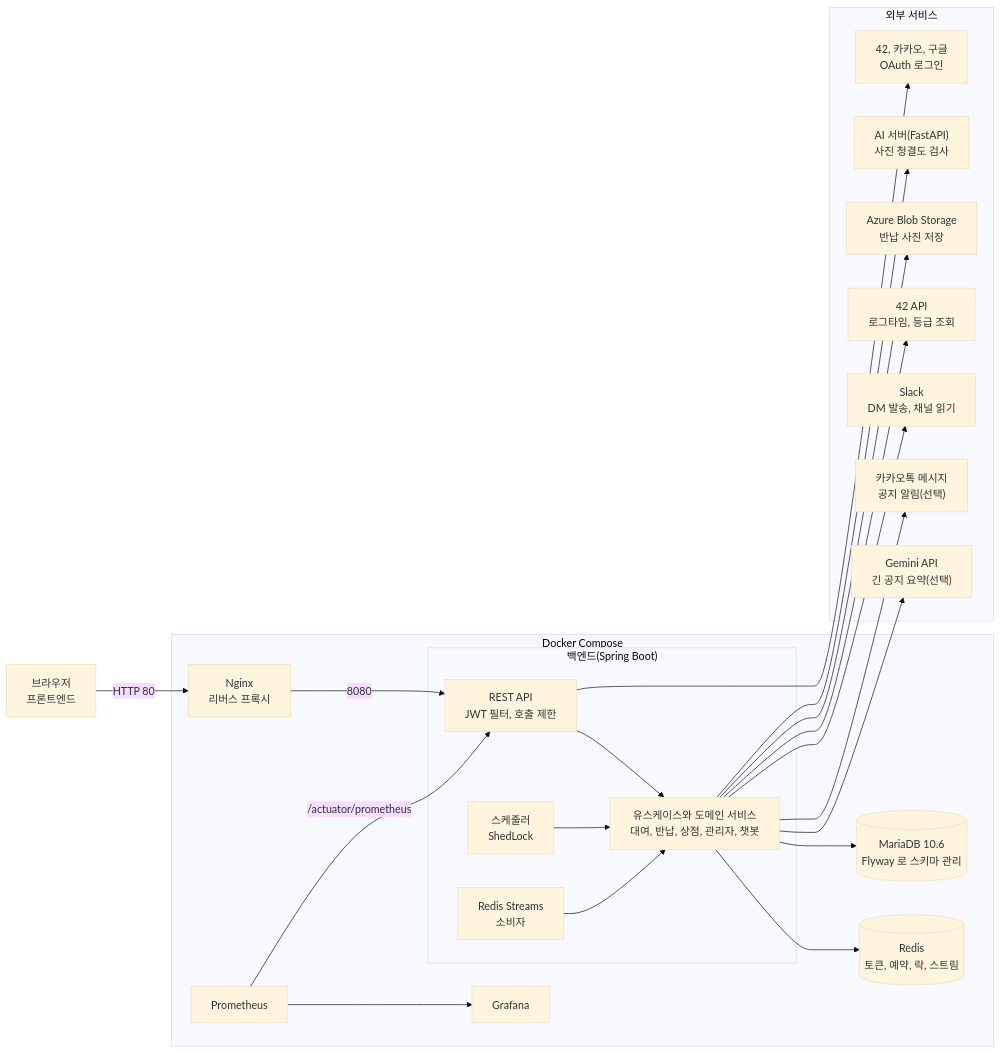
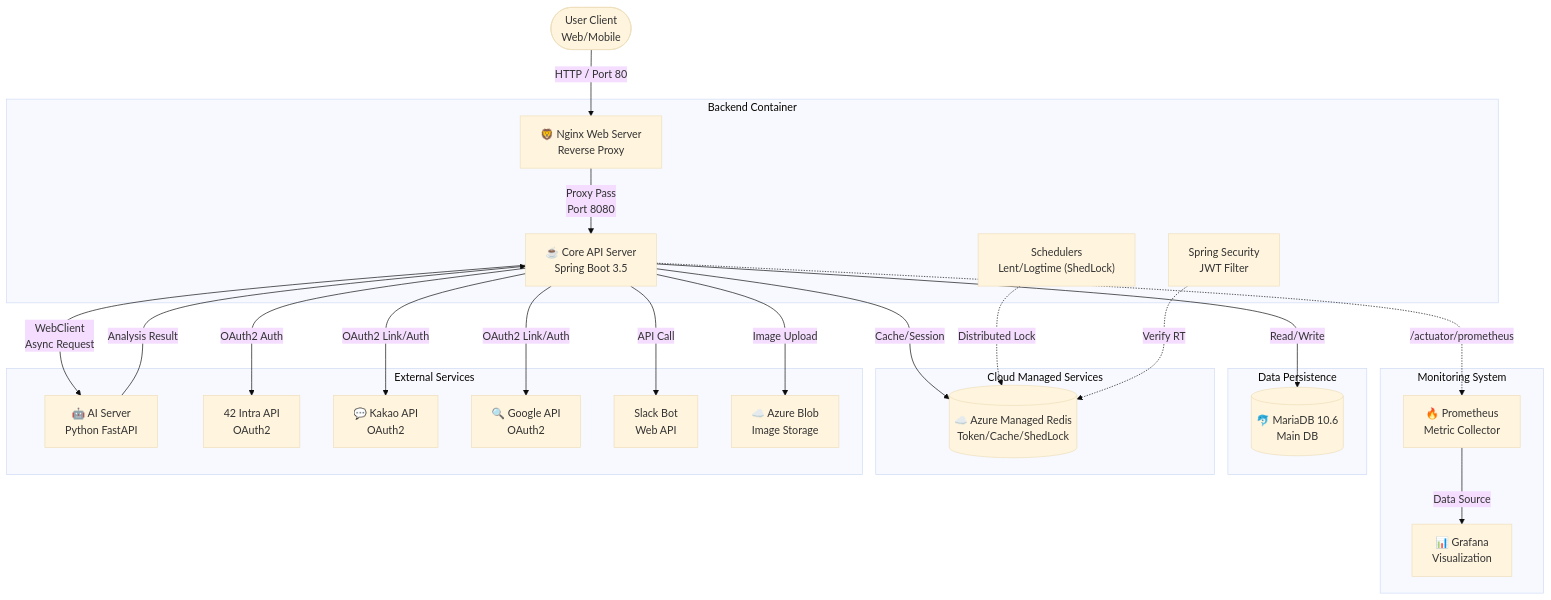
One commit to farmer0010/ft_transcendence changed the first of 10 diagrams in backend/README.md. Above: the diagram before and after it, drawn with Mermaid (base theme). The commit also changed other lines of this file and 373 other files, not shown here.

````diff
--- a/backend/README.md
+++ b/backend/README.md
@@ -35,45 +14,54 @@
 ```mermaid
-flowchart LR
-    Client["브라우저<br/>프론트엔드"]
-
-    subgraph Compose["Docker Compose"]
-        Nginx["Nginx<br/>리버스 프록시"]
-        subgraph App["백엔드(Spring Boot)"]
-            Web["REST API<br/>JWT 필터, 호출 제한"]
-            Batch["스케줄러<br/>ShedLock"]
-            Consumer["Redis Streams<br/>소비자"]
-            Core["유스케이스와 도메인 서비스<br/>대여, 반납, 상점, 관리자, 챗봇"]
-        end
-        DB[("MariaDB 10.6<br/>Flyway 로 스키마 관리")]
-        Redis[("Redis<br/>토큰, 예약, 락, 스트림")]
-        Prom["Prometheus"]
-        Graf["Grafana"]
+graph TD
+    %% 클라이언트 및 진입점
+    Client(["User Client<br>Web/Mobile"]) -->|HTTP / Port 80| Nginx["🦁 Nginx Web Server<br>Reverse Proxy"]
+    
+    %% 백엔드 영역
+    subgraph "Backend Container"
+        Nginx -->|"Proxy Pass<br>Port 8080"| SpringBoot["☕ Core API Server<br>Spring Boot 3.5"]
+        Security["Spring Security<br>JWT Filter"]
+        Scheduler["Schedulers<br>Lent/Logtime (ShedLock)"]
     end
 
-    subgraph External["외부 서비스"]
-        OAuth["42, 카카오, 구글<br/>OAuth 로그인"]
-        AI["AI 서버(FastAPI)<br/>사진 청결도 검사"]
-        Blob["Azure Blob Storage<br/>반납 사진 저장"]
-        FT["42 API<br/>로그타임, 등급 조회"]
-        Slack["Slack<br/>DM 발송, 채널 읽기"]
-        KakaoTalk["카카오톡 메시지<br/>공지 알림(선택)"]
-        Gemini["Gemini API<br/>긴 공지 요약(선택)"]
+    %% 모니터링 영역 (New)
+    subgraph "Monitoring System"
+        Prometheus["🔥 Prometheus<br>Metric Collector"]
+        Grafana["📊 Grafana<br>Visualization"]
+        
+        SpringBoot -.->|"/actuator/prometheus"| Prometheus
+        Prometheus -->|"Data Source"| Grafana
     end
 
-    Client -->|"HTTP 80"| Nginx
-    Nginx -->|"8080"| Web
-    Web --> Core
-    Batch --> Core
-    Consumer --> Core
-    Core --> DB
-    Core --> Redis
-    Prom -->|"/actuator/prometheus"| Web
-    Prom --> Graf
-    Web --> OAuth
-    Core --> AI
-    Core --> Blob
-    Core --> FT
-    Core --> Slack
-    Core --> KakaoTalk
-    Core --> Gemini
+    %% 데이터 영역
+    subgraph "Data Persistence"
+        MariaDB[("🐬 MariaDB 10.6<br>Main DB")]
+    end
+
+    %% 클라우드 관리형 서비스
+    subgraph "Cloud Managed Services"
+        Redis[("☁️ Azure Managed Redis<br>Token/Cache/ShedLock")]
+    end
+
+    %% 외부 서비스
+    subgraph "External Services"
+        AI_Server["🤖 AI Server<br>Python FastAPI"]
+        Intra_API["42 Intra API<br>OAuth2"]
+        Kakao_API["💬 Kakao API<br>OAuth2"]
+        Google_API["🔍 Google API<br>OAuth2"]
+        Slack["Slack Bot<br>Web API"]
+        Azure_Blob["☁️ Azure Blob<br>Image Storage"]
+    end
+
+    %% 연결 관계
+    SpringBoot -->|Read/Write| MariaDB
+    SpringBoot -->|Cache/Session| Redis
+    SpringBoot -->|"WebClient<br>Async Request"| AI_Server
+    AI_Server -->|"Analysis Result"| SpringBoot
+    SpringBoot -->|"OAuth2 Auth"| Intra_API
+    SpringBoot -->|"OAuth2 Link/Auth"| Kakao_API
+    SpringBoot -->|"OAuth2 Link/Auth"| Google_API
+    SpringBoot -->|API Call| Slack
+    SpringBoot -->|"Image Upload"| Azure_Blob
+    Scheduler -.->|"Distributed Lock"| Redis
+    Security -.->|"Verify RT"| Redis
 ```
````
